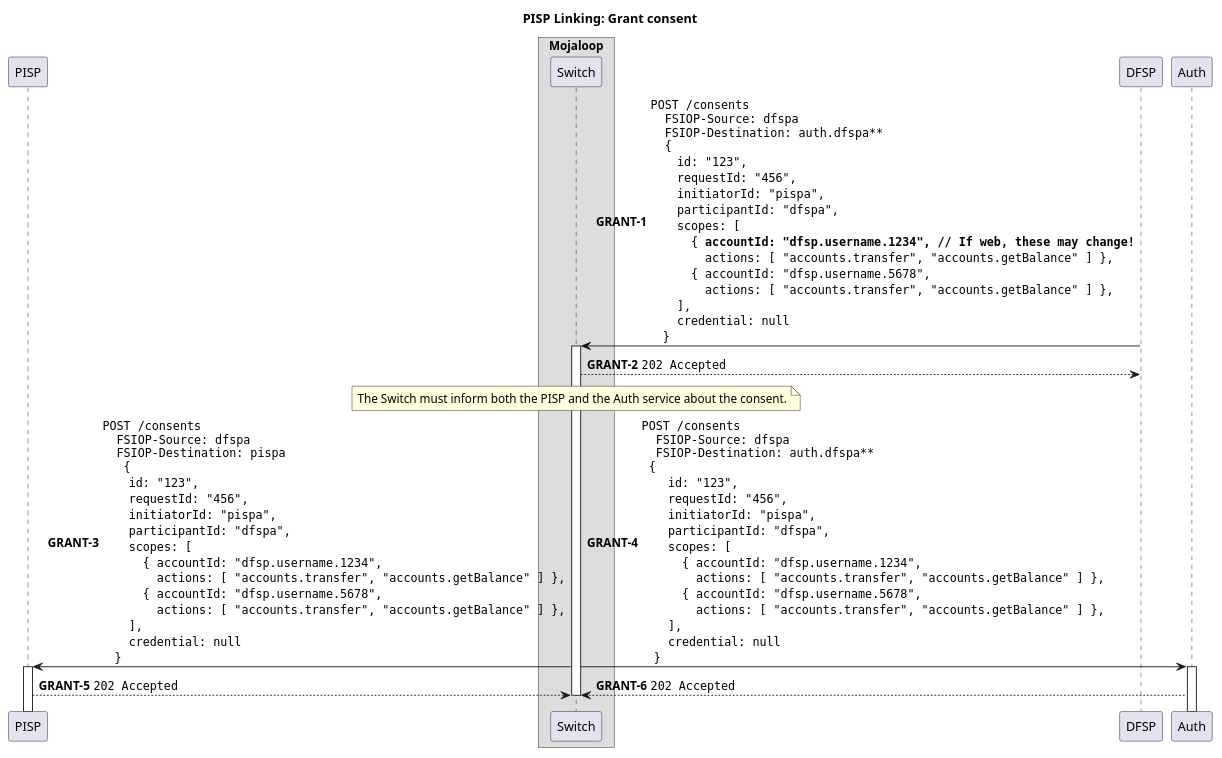
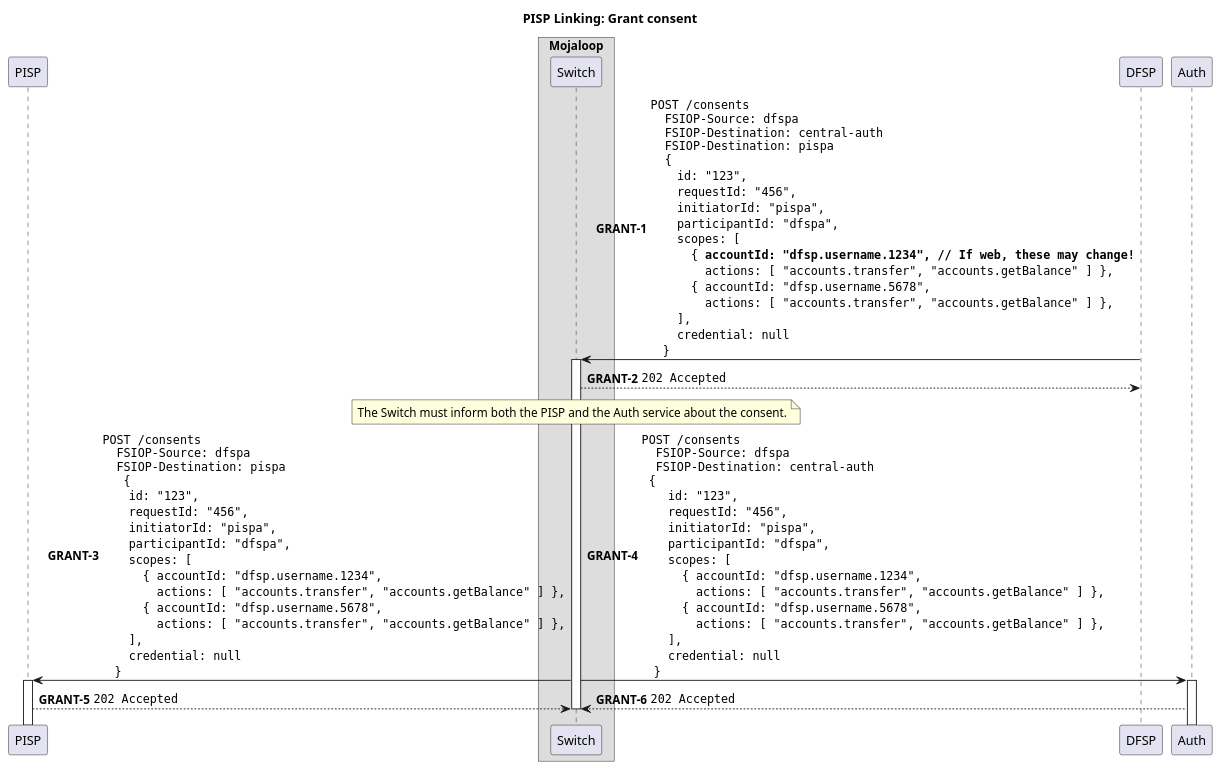
One commit to mojaloop/pisp-project changed the diagram in docs/linking/4-grant-consent.puml. Above: the diagram before and after it, drawn with PlantUML. The commit also changed 2 other files, not shown here.

Commit message:
feat(docs): update `POST /consents/{id}/generateChallenge` to use ALS Lookup to determine the auth service id

```diff
--- a/docs/linking/4-grant-consent.puml
+++ b/docs/linking/4-grant-consent.puml
@@ -1,78 +1,79 @@
 @startuml
 
 !pragma teoz true
 
 title PISP Linking: Grant consent
 
 participant "PISP" as PISP
 
 box "Mojaloop"
     participant Switch
 end box
 
 participant "DFSP" as DFSP
 
 autonumber 1 "<b>GRANT-#</b>"
 
 DFSP -> Switch ++: ""POST /consents""\n\
 ""  FSIOP-Source: dfspa""\n\
-""  FSIOP-Destination: auth.dfspa**""\n\
+""  FSIOP-Destination: central-auth""\n\
+""  FSIOP-Destination: pispa""\n\
 ""  {""\n\
     ""  id: "123",""\n\
     ""  requestId: "456",""\n\
     ""  initiatorId: "pispa",""\n\
     ""  participantId: "dfspa",""\n\
     ""  scopes: [ ""\n\
     ""    { **accountId: "dfsp.username.1234", // If web, these may change!**""\n\
     ""      actions: [ "accounts.transfer", "accounts.getBalance" ] },""\n\
     ""    { accountId: "dfsp.username.5678",""\n\
     ""      actions: [ "accounts.transfer", "accounts.getBalance" ] },""\n\
     ""  ],""\n\
     ""  credential: null""\n\
     ""}""
 Switch --> DFSP: ""202 Accepted""
 deactivate DFSP
 
 note over Switch
   The Switch must inform both the PISP and the Auth service about the consent.
 end note
 
 Switch -> PISP ++: ""POST /consents""\n\
 ""  FSIOP-Source: dfspa""\n\
 ""  FSIOP-Destination: pispa""\n\
 ""   {""\n\
     ""  id: "123",""\n\
     ""  requestId: "456",""\n\
     ""  initiatorId: "pispa",""\n\
     ""  participantId: "dfspa",""\n\
     ""  scopes: [ ""\n\
     ""    { accountId: "dfsp.username.1234",""\n\
     ""      actions: [ "accounts.transfer", "accounts.getBalance" ] },""\n\
     ""    { accountId: "dfsp.username.5678",""\n\
     ""      actions: [ "accounts.transfer", "accounts.getBalance" ] },""\n\
     ""  ],""\n\
     ""  credential: null""\n\
     ""}""
 & Switch -> Auth ++: ""POST /consents""\n\
 ""  FSIOP-Source: dfspa""\n\
-""  FSIOP-Destination: auth.dfspa**""\n\
+""  FSIOP-Destination: central-auth""\n\
 "" {""\n\
     ""  id: "123",""\n\
     ""  requestId: "456",""\n\
     ""  initiatorId: "pispa",""\n\
     ""  participantId: "dfspa",""\n\
     ""  scopes: [ ""\n\
     ""    { accountId: "dfsp.username.1234",""\n\
     ""      actions: [ "accounts.transfer", "accounts.getBalance" ] },""\n\
     ""    { accountId: "dfsp.username.5678",""\n\
     ""      actions: [ "accounts.transfer", "accounts.getBalance" ] },""\n\
     ""  ],""\n\
     ""  credential: null""\n\
     ""}""
 
 PISP --> Switch: ""202 Accepted""
 & Auth --> Switch: ""202 Accepted""
 
 deactivate Switch
 
 @enduml
```
